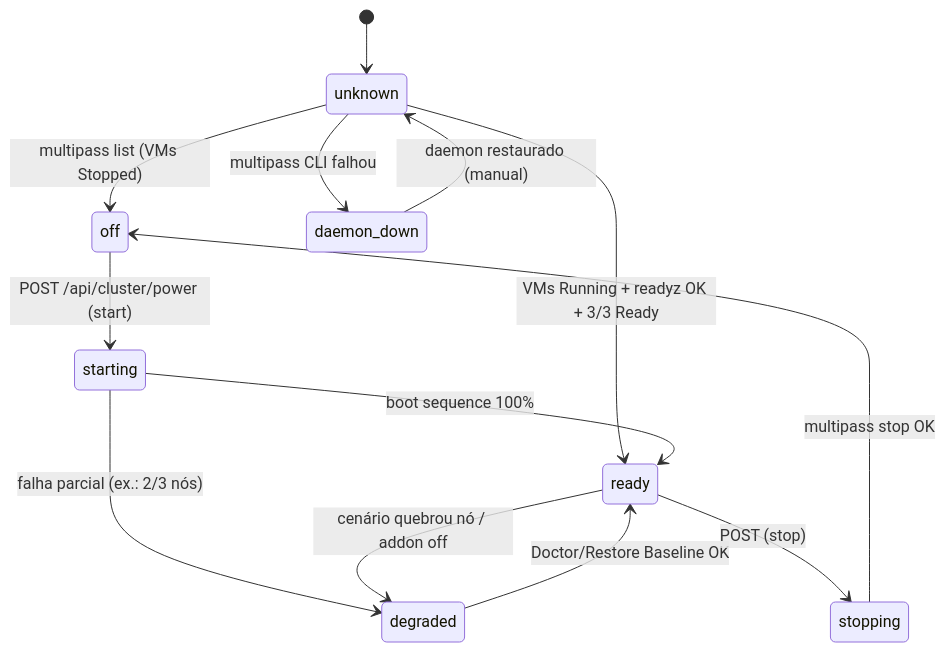
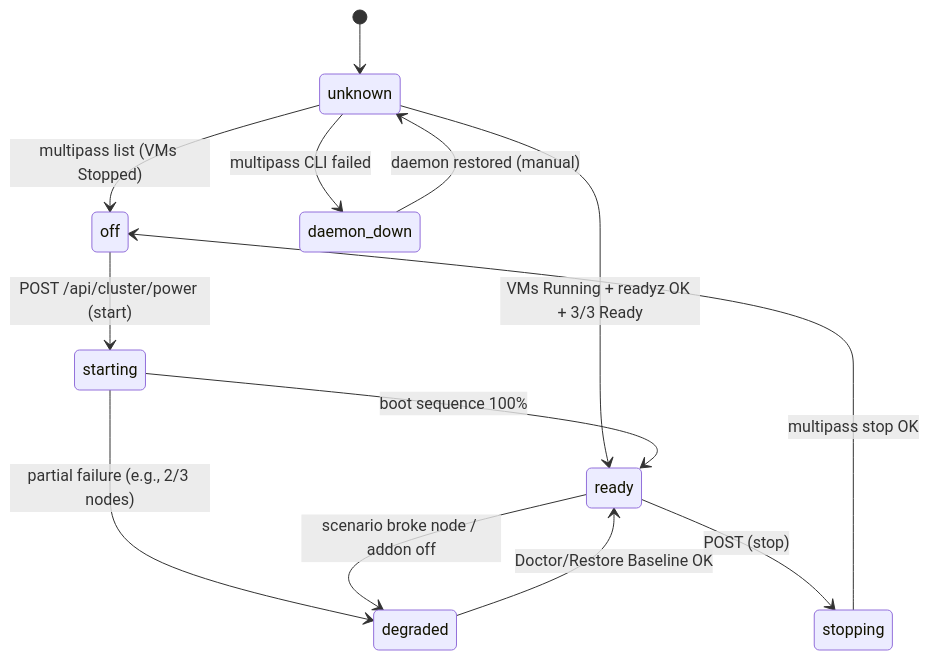
One commit to Fabi0x01/cka-arena changed the third of 3 diagrams in ARCHITECTURE.md. Above: the diagram before and after it, drawn with Mermaid. The commit also changed other lines of this file and 10 other files, not shown here.

````diff
--- a/ARCHITECTURE.md
+++ b/ARCHITECTURE.md
@@ -314,15 +314,15 @@
 ```mermaid
 stateDiagram-v2
     [*] --> unknown
     unknown --> off: multipass list (VMs Stopped)
     unknown --> ready: VMs Running + readyz OK + 3/3 Ready
     off --> starting: POST /api/cluster/power (start)
     starting --> ready: boot sequence 100%
-    starting --> degraded: falha parcial (ex.: 2/3 nós)
-    ready --> degraded: cenário quebrou nó / addon off
+    starting --> degraded: partial failure (e.g., 2/3 nodes)
+    ready --> degraded: scenario broke node / addon off
     degraded --> ready: Doctor/Restore Baseline OK
     ready --> stopping: POST (stop)
     stopping --> off: multipass stop OK
-    unknown --> daemon_down: multipass CLI falhou
-    daemon_down --> unknown: daemon restaurado (manual)
+    unknown --> daemon_down: multipass CLI failed
+    daemon_down --> unknown: daemon restored (manual)
 ```
````
